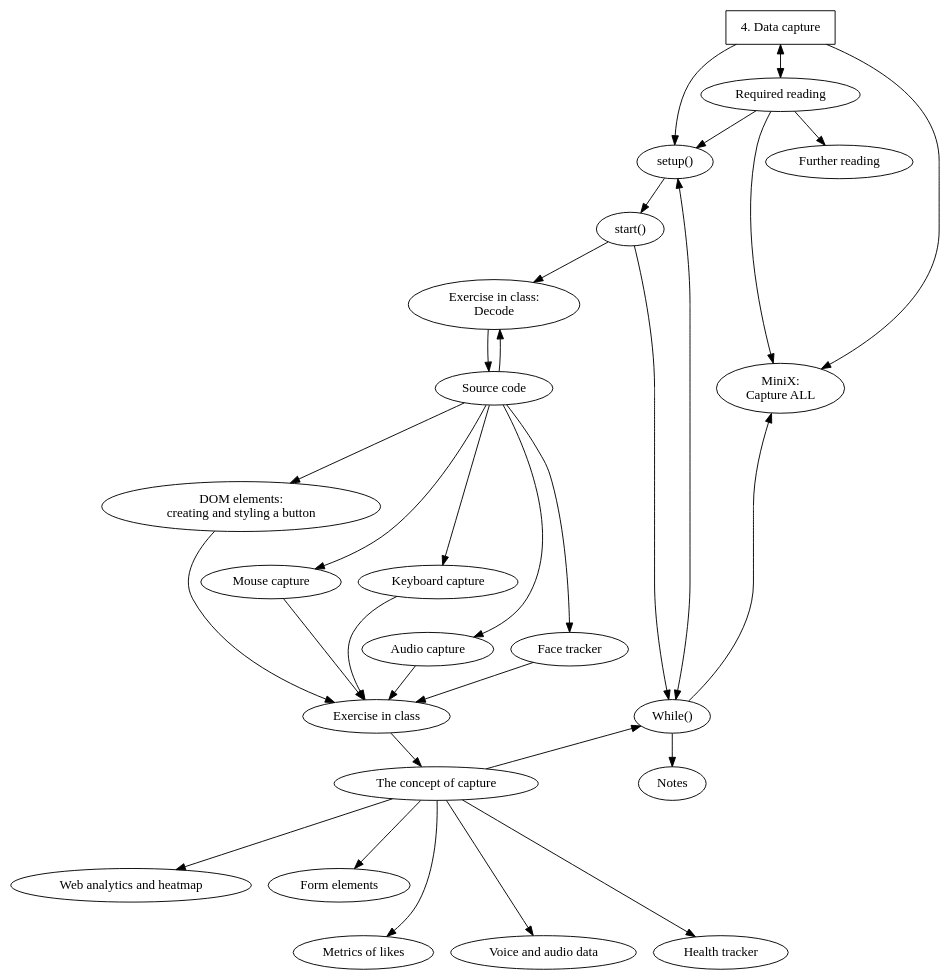
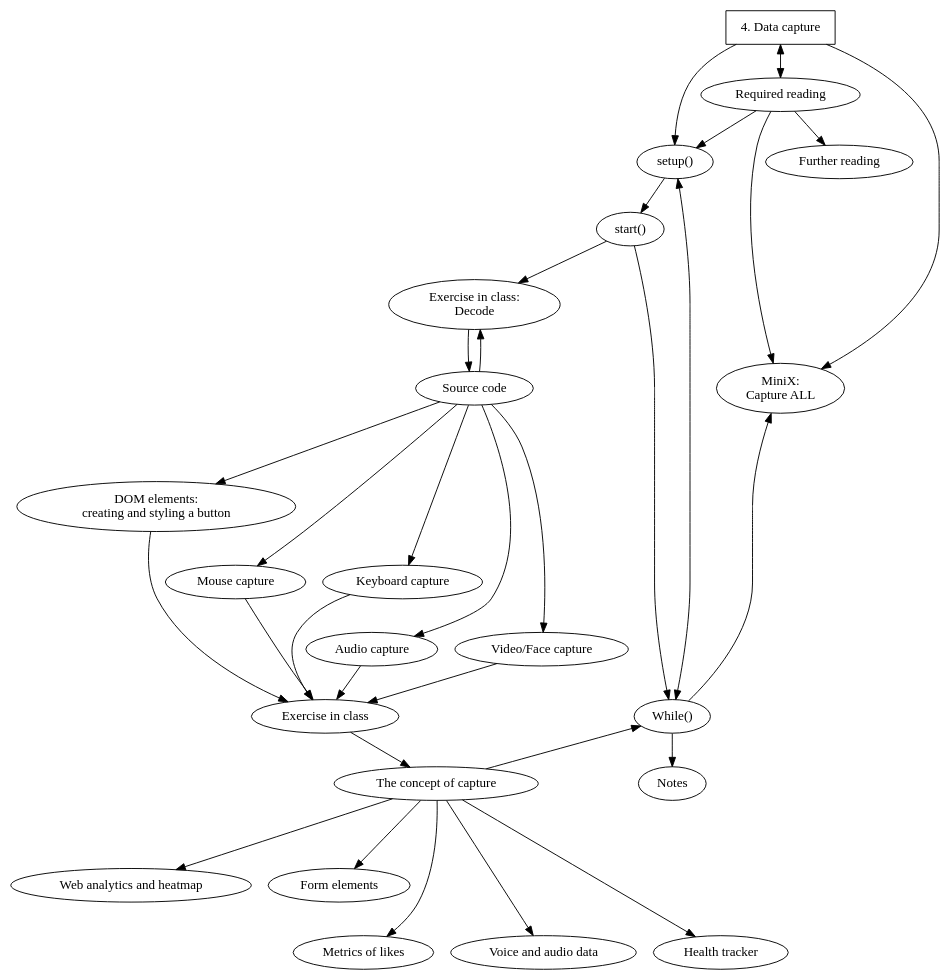
Before and after one commit to danbz/aesthetic-programming: the diagram in graphviz/AP_ch4.dot, drawn with Graphviz. The commit also changed 2 other files, not shown here.

```diff
--- a/graphviz/AP_ch4.dot
+++ b/graphviz/AP_ch4.dot
@@ -1,57 +1,57 @@
 digraph G {
 
 node[fontname="Hershey-Noailles-help-me"]
 
 //labels
 GS [
 label="4. Data capture",
 style=bold,
 shape=rectangle,
 penwidth="1pt"
 ]
 
 SU [label="setup()"]
 ST [label="start()"]
 DE [label="Exercise in class: \nDecode"]
 SC [label="Source code"]
 DOM [label="DOM elements:\n creating and styling a button"]
 MC [label="Mouse capture"]
 KC [label="Keyboard capture"]
 AC [label="Audio capture"]
-FT [label="Face tracker"]
+FT [label="Video/Face capture"]
 EiC [label="Exercise in class"]
 CC [label="The concept of capture"]
 WA [label="Web analytics and heatmap"]
 FE [label="Form elements"]
 ML [label="Metrics of likes"]
 VD [label="Voice and audio data"]
 HT [label="Health tracker"]
 MW [label="While()"]
 MX [label="MiniX: \nCapture ALL"]
 RR [label="Required reading"]
 FR [label="Further reading"]
 Notes [label="Notes"]
 
 //rank
 {rank = same; MX, SC}
 {rank = same; MW, EiC}
 
 //graph
 GS -> SU -> ST -> DE -> SC;
 SC -> DE;
 GS -> RR[dir=both];
 SU -> MW [dir=both];
 GS -> MX;
 RR -> MX, SU;
 SC -> DOM [minlen=2];
 SC -> MC, KC [minlen=3];
 SC -> AC, FT [minlen=4];
 DOM -> EiC;
 MC, KC, AC, FT -> EiC ;
 EiC-> CC ;
 CC -> WA, FE [minlen=2];
 CC -> ML, VD, HT[minlen=3];
 ST, CC -> MW -> Notes;
 MW -> MX;
 RR -> FR;
 }
```
